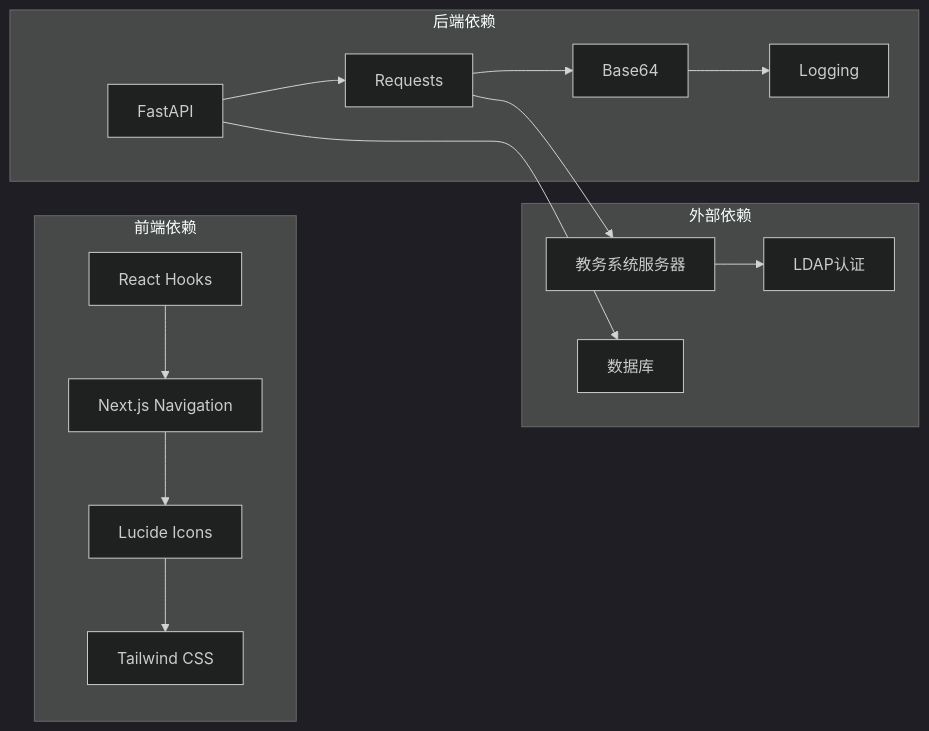
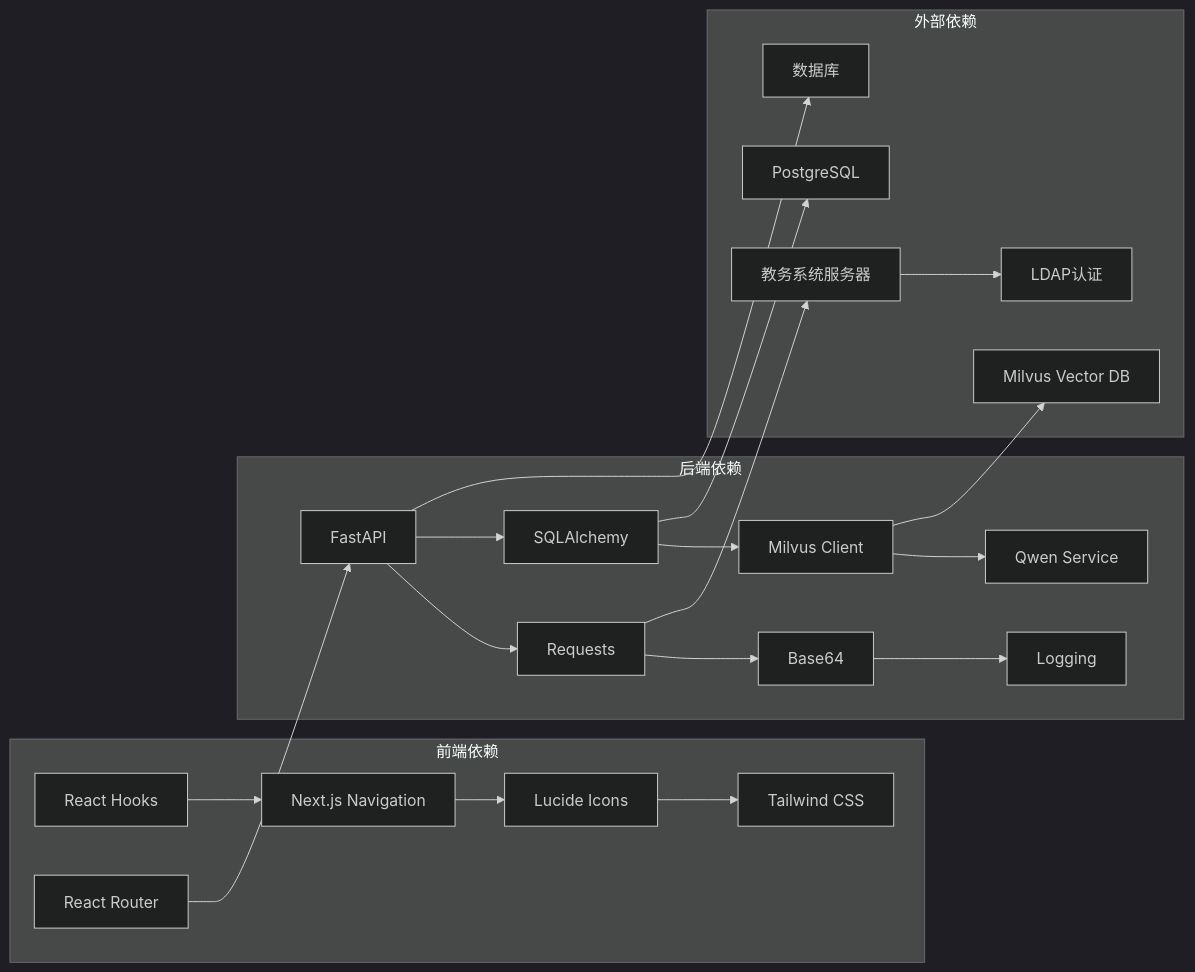
Diagram 11 of 11 in .qoder/repowiki/zh/content/前端应用文档/登录页面与认证流程.md (ghbbn053-ship-itsoulddog/soulddog), drawn with Mermaid (dark theme) before and after one commit. The commit also changed other lines of this file and 8 other files, not shown here.

````diff
--- a/.qoder/repowiki/zh/content/前端应用文档/登录页面与认证流程.md
+++ b/.qoder/repowiki/zh/content/前端应用文档/登录页面与认证流程.md
@@ -355,29 +467,41 @@
 ```mermaid
 graph LR
 subgraph "前端依赖"
 A[React Hooks]
 B[Next.js Navigation]
 C[Lucide Icons]
 D[Tailwind CSS]
+E[React Router]
 end
 subgraph "后端依赖"
-E[FastAPI]
-F[Requests]
-G[Base64]
-H[Logging]
+F[FastAPI]
+G[Requests]
+H[Base64]
+I[Logging]
+J[SQLAlchemy]
+K[Milvus Client]
+L[Qwen Service]
 end
 subgraph "外部依赖"
-I[教务系统服务器]
-J[LDAP认证]
-K[数据库]
+M[教务系统服务器]
+N[LDAP认证]
+O[PostgreSQL]
+P[Milvus Vector DB]
+Q[数据库]
 end
 A --> B
 B --> C
 C --> D
 E --> F
 F --> G
 G --> H
-F --> I
-I --> J
-E --> K
+H --> I
+F --> J
+J --> K
+K --> L
+G --> M
+M --> N
+F --> Q
+J --> O
+K --> P
 ```
````
